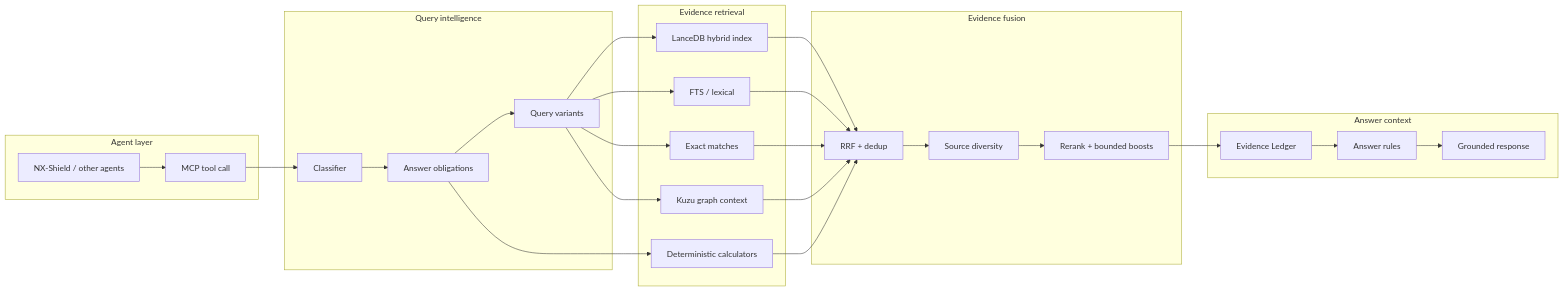
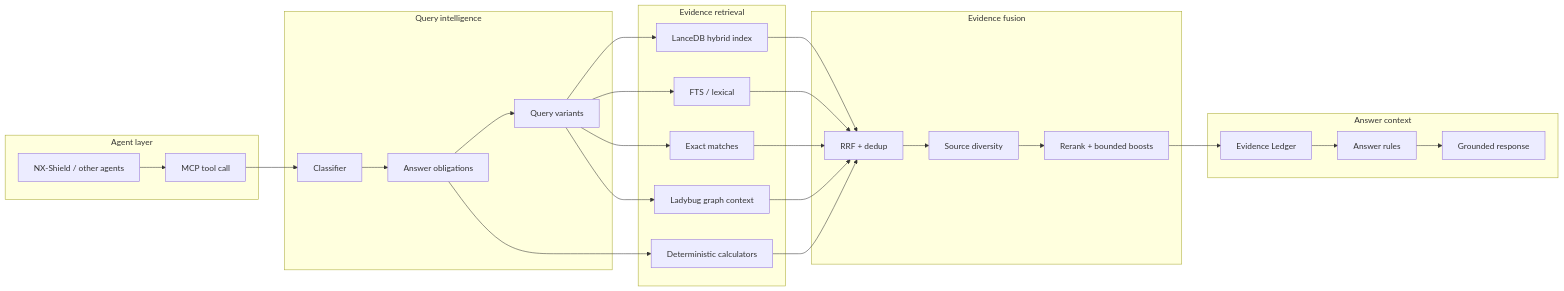
One commit to ipccheng/NX-Shield-RAG changed the diagram in docs/design/architecture.md. Above: the diagram before and after it, drawn with Mermaid. The commit also changed other lines of this file and 15 other files, not shown here.

Commit message:
docs: align public RAG architecture with live design

````diff
--- a/docs/design/architecture.md
+++ b/docs/design/architecture.md
@@ -23,46 +23,46 @@
 ```mermaid
 flowchart LR
   subgraph Client[Agent layer]
     A[NX-Shield / other agents]
     M[MCP tool call]
   end
 
   subgraph Query[Query intelligence]
     C[Classifier]
     O[Answer obligations]
     V[Query variants]
   end
 
   subgraph Evidence[Evidence retrieval]
     L[LanceDB hybrid index]
     F[FTS / lexical]
     E[Exact matches]
-    K[Kuzu graph context]
+    G[Ladybug graph context]
     T[Deterministic calculators]
   end
 
   subgraph Fusion[Evidence fusion]
     RRF[RRF + dedup]
     DIV[Source diversity]
     RR[Rerank + bounded boosts]
   end
 
   subgraph Answer[Answer context]
     LED[Evidence Ledger]
     RULE[Answer rules]
     OUT[Grounded response]
   end
 
   A --> M --> C --> O --> V
   V --> L
   V --> F
   V --> E
-  V --> K
+  V --> G
   O --> T
   L --> RRF
   F --> RRF
   E --> RRF
-  K --> RRF
+  G --> RRF
   T --> RRF
   RRF --> DIV --> RR --> LED --> RULE --> OUT
 ```
````
